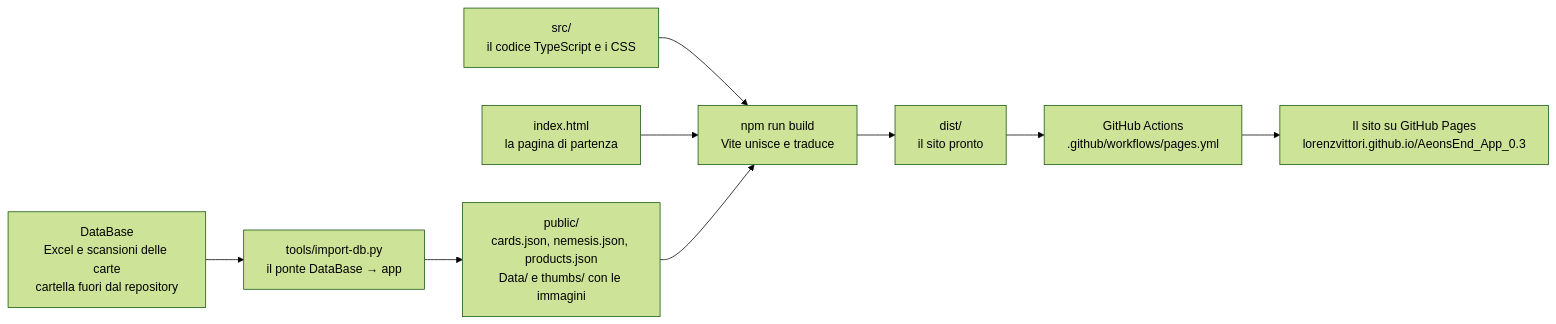
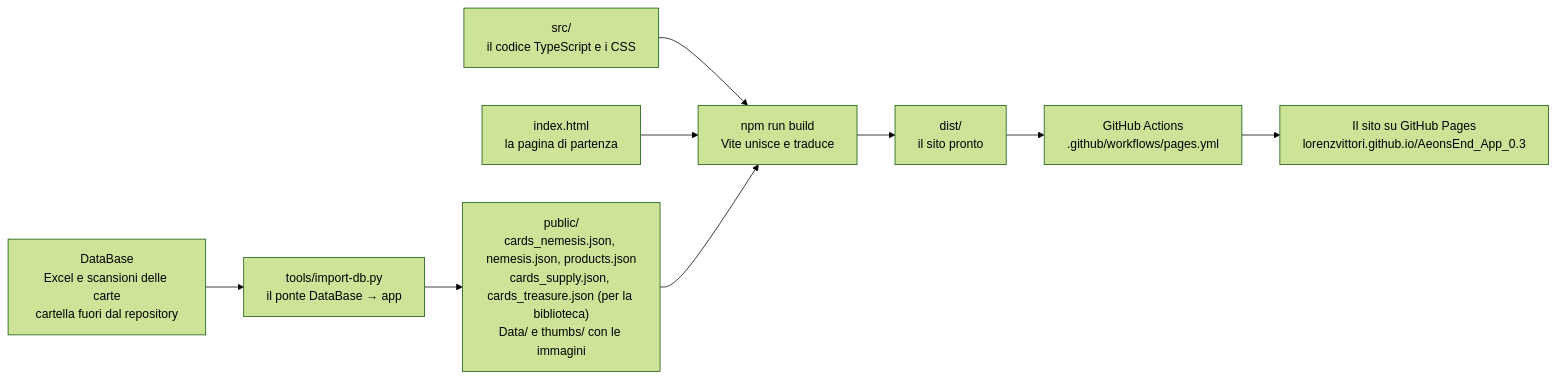
One commit to lorenzvittori/AeonsEnd_App_0.3 changed the first of 2 diagrams in docs/01-il-progetto.md. Above: the diagram before and after it, drawn with Mermaid (forest theme). The commit also changed other lines of this file and 323 other files, not shown here.

First line of the commit message:
Biblioteca, dati: cards.json diventa cards_nemesis.json; cards_supply.json e cards_treasure.json con le immagini; pulsante Biblioteca nel menu

````diff
--- a/docs/01-il-progetto.md
+++ b/docs/01-il-progetto.md
@@ -18,11 +18,11 @@
 ```mermaid
 flowchart LR
     A["DataBase<br/>Excel e scansioni delle carte<br/>cartella fuori dal repository"] --> B["tools/import-db.py<br/>il ponte DataBase → app"]
-    B --> C["public/<br/>cards.json, nemesis.json, products.json<br/>Data/ e thumbs/ con le immagini"]
+    B --> C["public/<br/>cards_nemesis.json, nemesis.json, products.json<br/>cards_supply.json, cards_treasure.json (per la biblioteca)<br/>Data/ e thumbs/ con le immagini"]
     D["src/<br/>il codice TypeScript e i CSS"] --> E["npm run build<br/>Vite unisce e traduce"]
     F["index.html<br/>la pagina di partenza"] --> E
     C --> E
     E --> G["dist/<br/>il sito pronto"]
     G --> H["GitHub Actions<br/>.github/workflows/pages.yml"]
     H --> I["Il sito su GitHub Pages<br/>lorenzvittori.github.io/AeonsEnd_App_0.3"]
 ```
````
